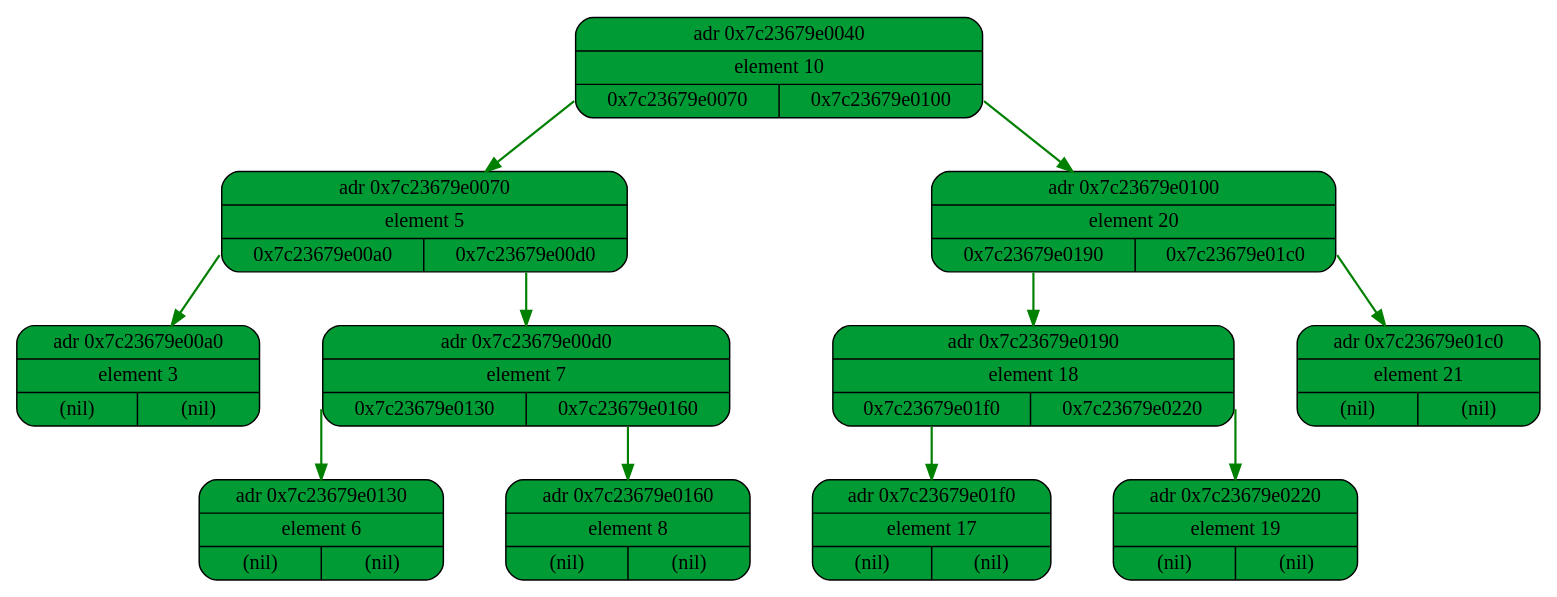
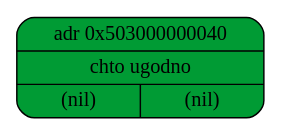
One commit to evanvd/akinator changed the diagram in log/graphviz_file.dot. Above: the diagram before and after it, drawn with Graphviz. The commit also changed 12 other files, not shown here.

```diff
--- a/log/graphviz_file.dot
+++ b/log/graphviz_file.dot
@@ -1,26 +1,6 @@
 digraph {
 graph [rankdir=TB, splines=polyline, nodesep=0.6];
 node [shape=record, style="filled, rounded", fillcolor="#009b34ff", height=0.8];
 edge [color="#008000", penwidth=1.5, arrowhead = normal];
-node36 [label="{ adr 0x7c23679e0040 | element 10 | {<L> 0x7c23679e0070| <R> 0x7c23679e0100}}"];
-node36:<L>->node37
-node37 [label="{ adr 0x7c23679e0070 | element 5 | {<L> 0x7c23679e00a0| <R> 0x7c23679e00d0}}"];
-node37:<L>->node38
-node38 [label="{ adr 0x7c23679e00a0 | element 3 | {<L> (nil)| <R> (nil)}}"];
-node37:<R>->node39
-node39 [label="{ adr 0x7c23679e00d0 | element 7 | {<L> 0x7c23679e0130| <R> 0x7c23679e0160}}"];
-node39:<L>->node40
-node40 [label="{ adr 0x7c23679e0130 | element 6 | {<L> (nil)| <R> (nil)}}"];
-node39:<R>->node41
-node41 [label="{ adr 0x7c23679e0160 | element 8 | {<L> (nil)| <R> (nil)}}"];
-node36:<R>->node42
-node42 [label="{ adr 0x7c23679e0100 | element 20 | {<L> 0x7c23679e0190| <R> 0x7c23679e01c0}}"];
-node42:<L>->node43
-node43 [label="{ adr 0x7c23679e0190 | element 18 | {<L> 0x7c23679e01f0| <R> 0x7c23679e0220}}"];
-node43:<L>->node44
-node44 [label="{ adr 0x7c23679e01f0 | element 17 | {<L> (nil)| <R> (nil)}}"];
-node43:<R>->node45
-node45 [label="{ adr 0x7c23679e0220 | element 19 | {<L> (nil)| <R> (nil)}}"];
-node42:<R>->node46
-node46 [label="{ adr 0x7c23679e01c0 | element 21 | {<L> (nil)| <R> (nil)}}"];
+node1 [label="{ adr 0x503000000040 | chto ugodno | {<L> (nil)| <R> (nil)}}"];
 }
```
